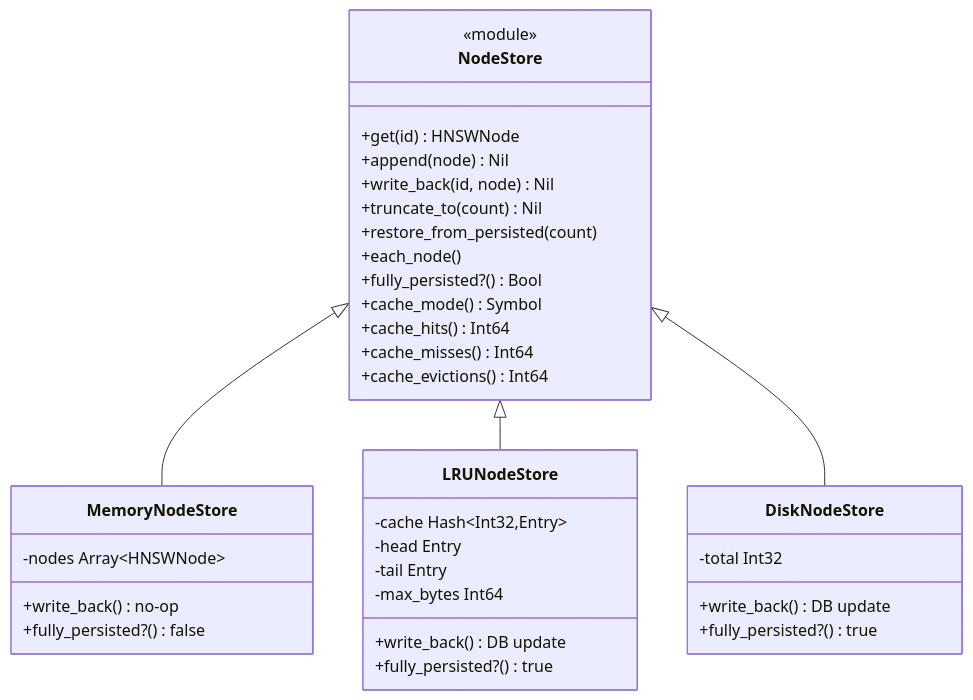
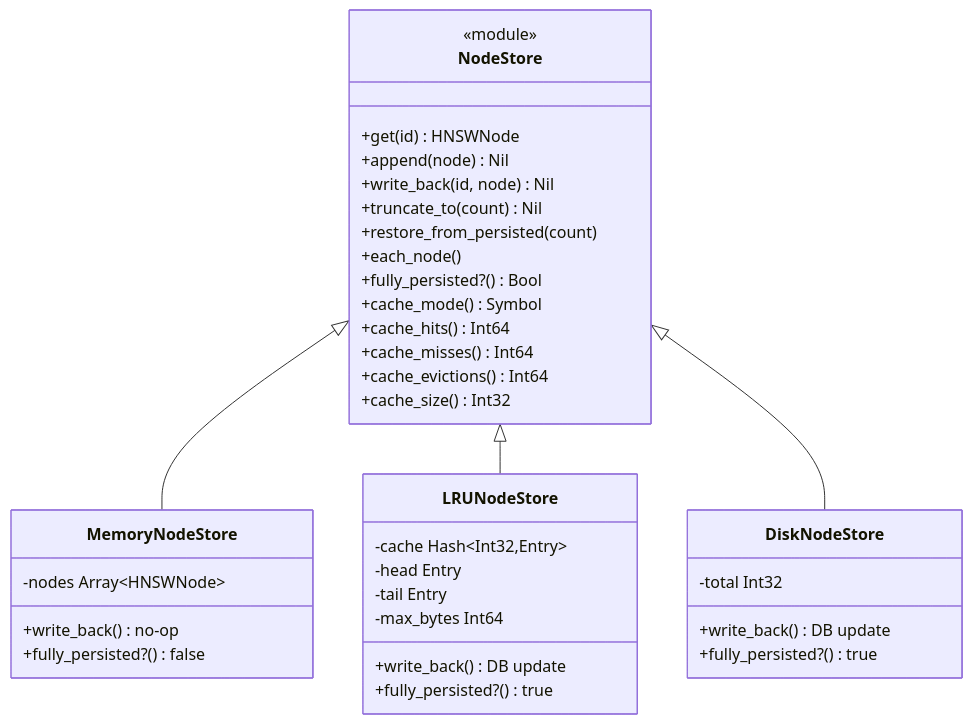
The second of 4 diagrams in DEVELOPMENT.md (nogginly/vecstolite.cr), drawn with Mermaid before and after one commit. The commit also changed other lines of this file and 1 other file, not shown here.

````diff
--- a/DEVELOPMENT.md
+++ b/DEVELOPMENT.md
@@ -120,38 +118,39 @@
 ```mermaid
 classDiagram
     class NodeStore {
         <<module>>
         +get(id) HNSWNode
         +append(node) Nil
         +write_back(id, node) Nil
         +truncate_to(count) Nil
         +restore_from_persisted(count)
         +each_node()
         +fully_persisted?() Bool
         +cache_mode() Symbol
         +cache_hits() Int64
         +cache_misses() Int64
         +cache_evictions() Int64
+        +cache_size() Int32
     }
     class MemoryNodeStore {
         -nodes Array~HNSWNode~
         +write_back() no-op
         +fully_persisted?() false
     }
     class LRUNodeStore {
         -cache Hash~Int32,Entry~
         -head Entry
         -tail Entry
         -max_bytes Int64
         +write_back() DB update
         +fully_persisted?() true
     }
     class DiskNodeStore {
         -total Int32
         +write_back() DB update
         +fully_persisted?() true
     }
     NodeStore <|-- MemoryNodeStore
     NodeStore <|-- LRUNodeStore
     NodeStore <|-- DiskNodeStore
 ```
````
